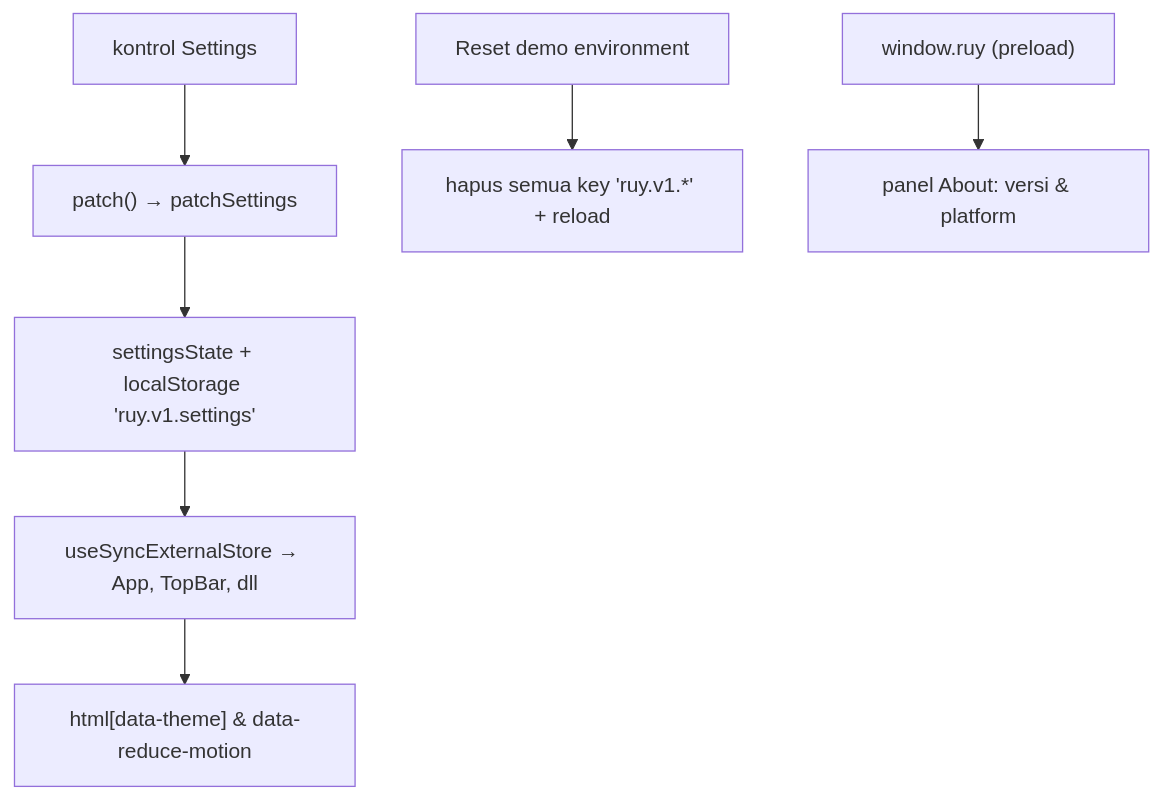
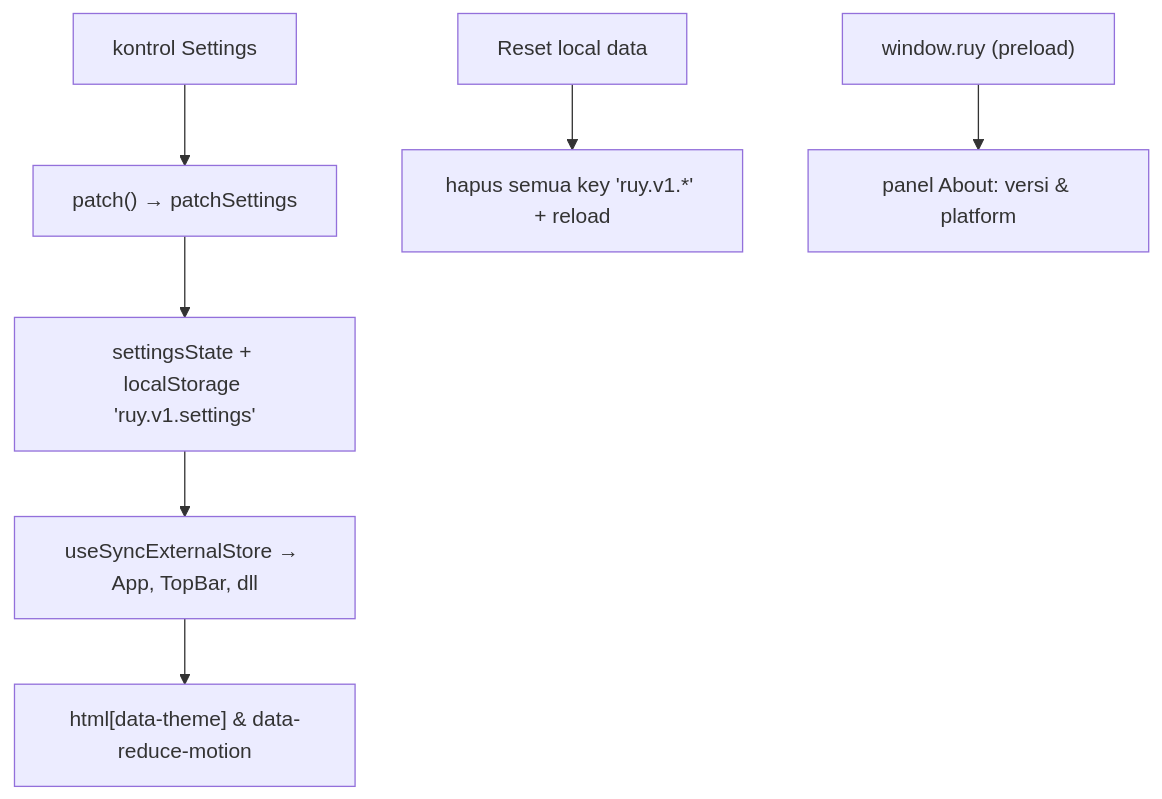
One commit to AlatBekam/Interu changed the diagram in docs/037_settings.md. Above: the diagram before and after it, drawn with Mermaid. The commit also changed other lines of this file and 23 other files, not shown here.

````diff
--- a/docs/037_settings.md
+++ b/docs/037_settings.md
@@ -21,9 +21,9 @@
 ```mermaid
 flowchart TD
   UI["kontrol Settings"] --> PATCH["patch() → patchSettings"]
   PATCH --> STORE["settingsState + localStorage 'ruy.v1.settings'"]
   STORE --> SUB["useSyncExternalStore → App, TopBar, dll"]
   SUB --> THEME["html[data-theme] & data-reduce-motion"]
-  RST["Reset demo environment"] --> CLR["hapus semua key 'ruy.v1.*' + reload"]
+  RST["Reset local data"] --> CLR["hapus semua key 'ruy.v1.*' + reload"]
   PRE["window.ruy (preload)"] --> ABOUT["panel About: versi & platform"]
 ```
````
